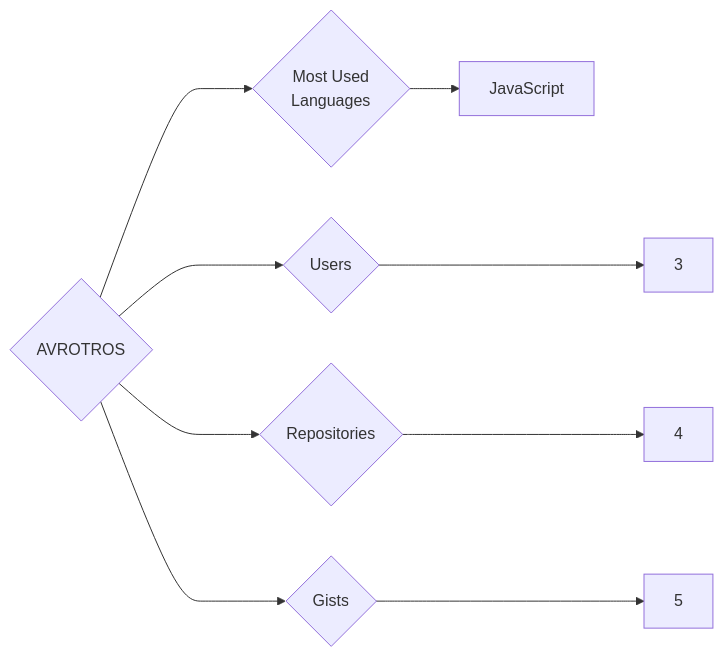
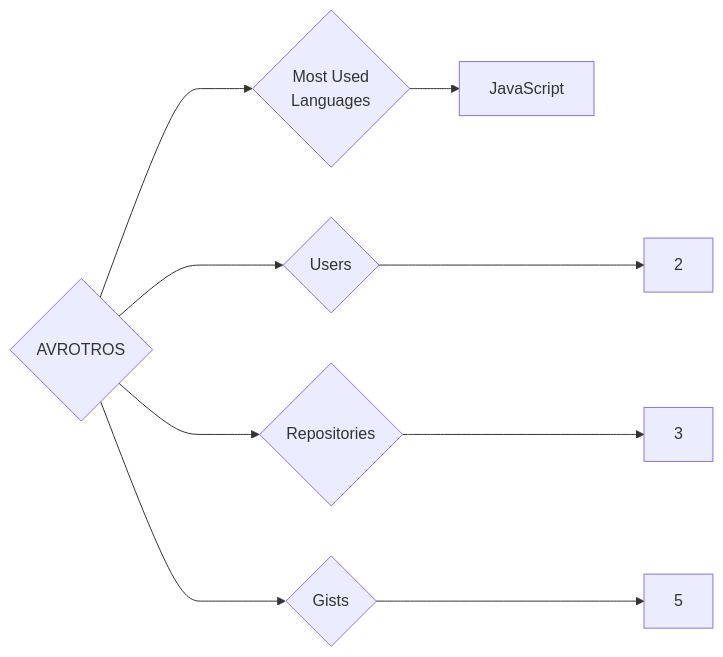
One commit to trickest/insiders changed the diagram in targets/AVROTROS/README.md. Above: the diagram before and after it, drawn with Mermaid. The commit also changed 895 other files, not shown here.

````diff
--- a/targets/AVROTROS/README.md
+++ b/targets/AVROTROS/README.md
@@ -3,9 +3,9 @@
 ```mermaid
 graph LR
 COMPANY_NAME{AVROTROS}
-COMPANY_NAME ---> U{Users} ---> UN[3]
-COMPANY_NAME ---> R{Repositories} ---> RN[4]
+COMPANY_NAME ---> U{Users} ---> UN[2]
+COMPANY_NAME ---> R{Repositories} ---> RN[3]
 COMPANY_NAME ---> G{Gists} ---> GN[5]
 COMPANY_NAME ---> ML{Most Used<br>Languages}
 ML --> JavaScript[JavaScript]
 ```
````
